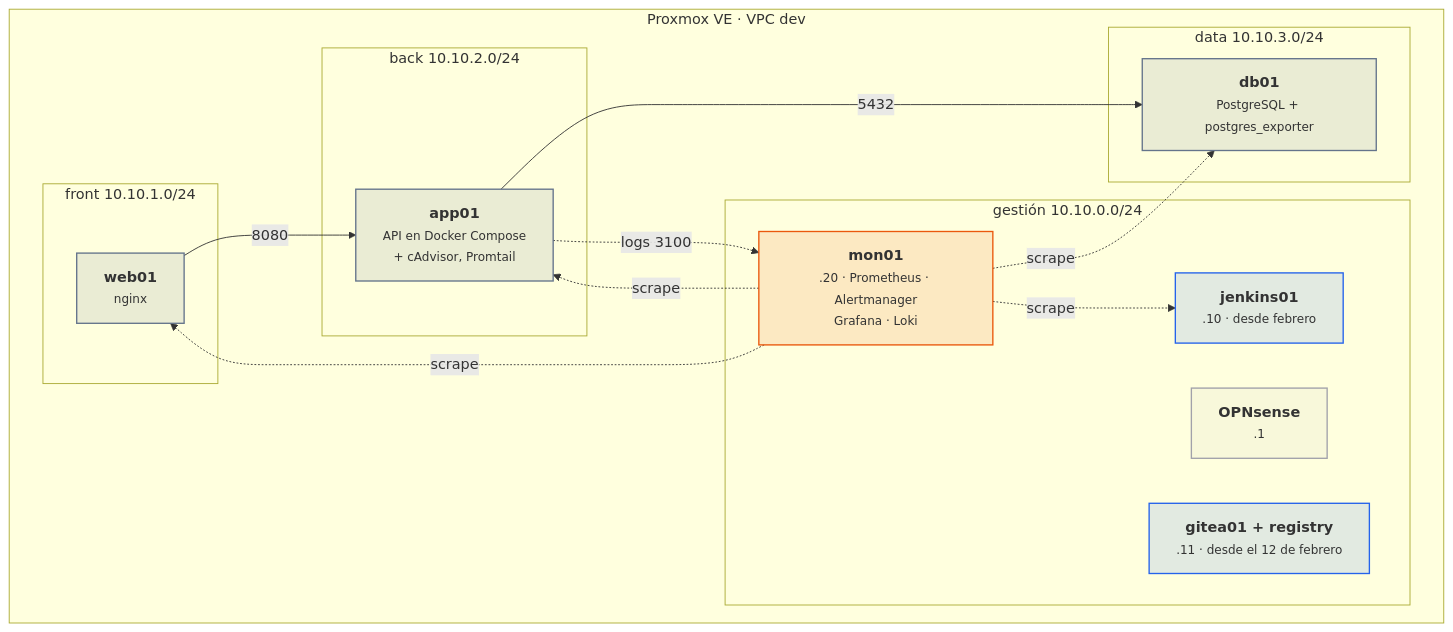
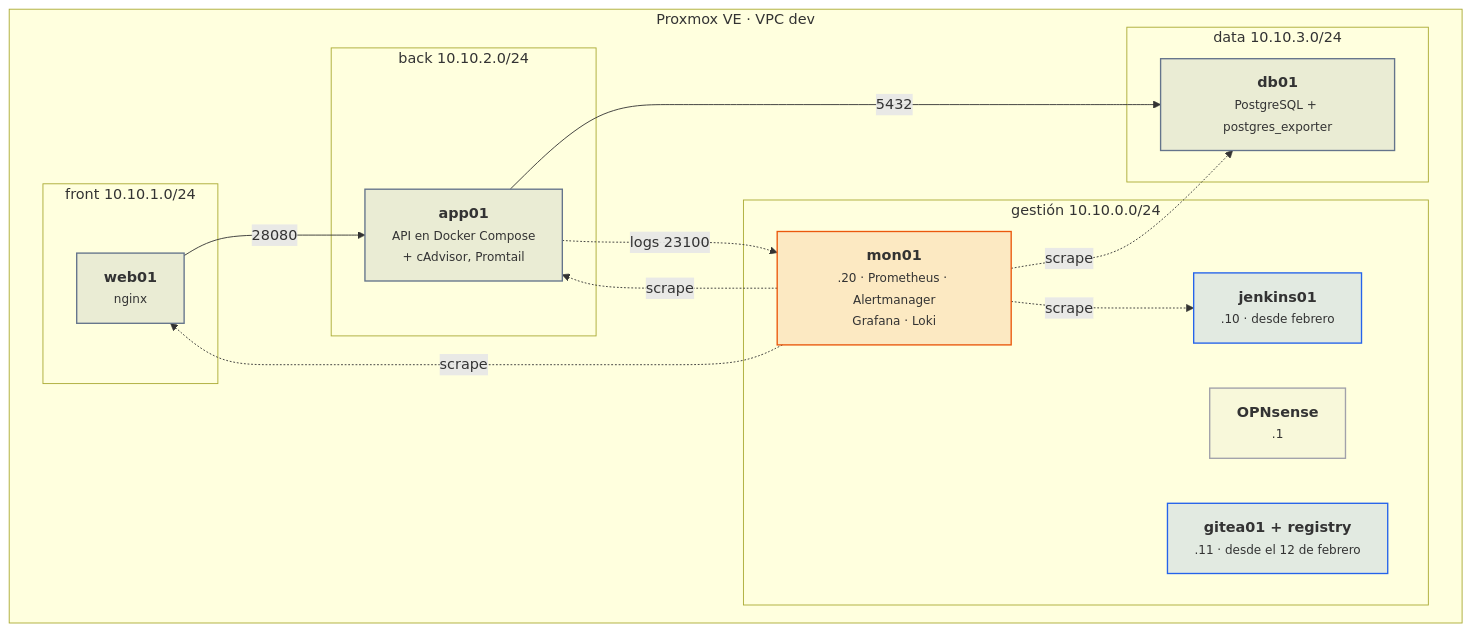
One commit to victor-educ/apuntes-5169 changed the diagram in docs/laboratorio.md. Above: the diagram before and after it, drawn with Mermaid. The commit also changed other lines of this file and 13 other files, not shown here.

````diff
--- a/docs/laboratorio.md
+++ b/docs/laboratorio.md
@@ -27,30 +27,30 @@
 ```mermaid
 flowchart TB
     subgraph pve["Proxmox VE · VPC dev"]
         subgraph mgmt["gestión 10.10.0.0/24"]
             fw["<b>OPNsense</b><br><small>.1</small>"]:::infra
             mon["<b>mon01</b><br><small>.20 · Prometheus · Alertmanager<br>Grafana · Loki</small>"]:::act
             jenkins["<b>jenkins01</b><br><small>.10 · desde febrero</small>"]:::dato
             git["<b>gitea01 + registry</b><br><small>.11 · desde el 12 de febrero</small>"]:::dato
         end
         subgraph front["front 10.10.1.0/24"]
             web["<b>web01</b><br><small>nginx</small>"]:::pieza
         end
         subgraph back["back 10.10.2.0/24"]
             app["<b>app01</b><br><small>API en Docker Compose<br>+ cAdvisor, Promtail</small>"]:::pieza
         end
         subgraph data["data 10.10.3.0/24"]
             db["<b>db01</b><br><small>PostgreSQL + postgres_exporter</small>"]:::pieza
         end
     end
-    web -->|8080| app
+    web -->|28080| app
     app -->|5432| db
     mon -.->|scrape| web & app & db & jenkins
-    app -.->|logs 3100| mon
+    app -.->|logs 23100| mon
     classDef act fill:#ea580c22,stroke:#ea580c,stroke-width:1.5px
     classDef pieza fill:#64748b22,stroke:#64748b,stroke-width:1.5px
     classDef dato fill:#2563eb22,stroke:#2563eb,stroke-width:1.5px
     classDef infra fill:#a1a1aa14,stroke:#a1a1aa,stroke-width:1.5px
     classDef ok fill:#16a34a22,stroke:#16a34a,stroke-width:1.5px
     classDef riesgo fill:#dc262622,stroke:#dc2626,stroke-width:1.5px
 ```
````
